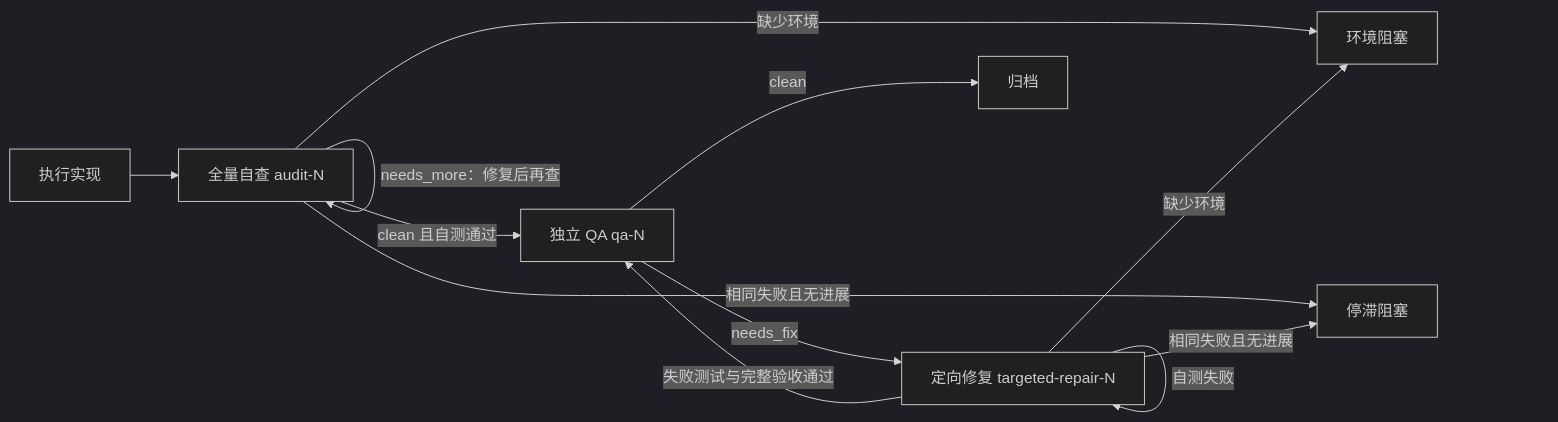
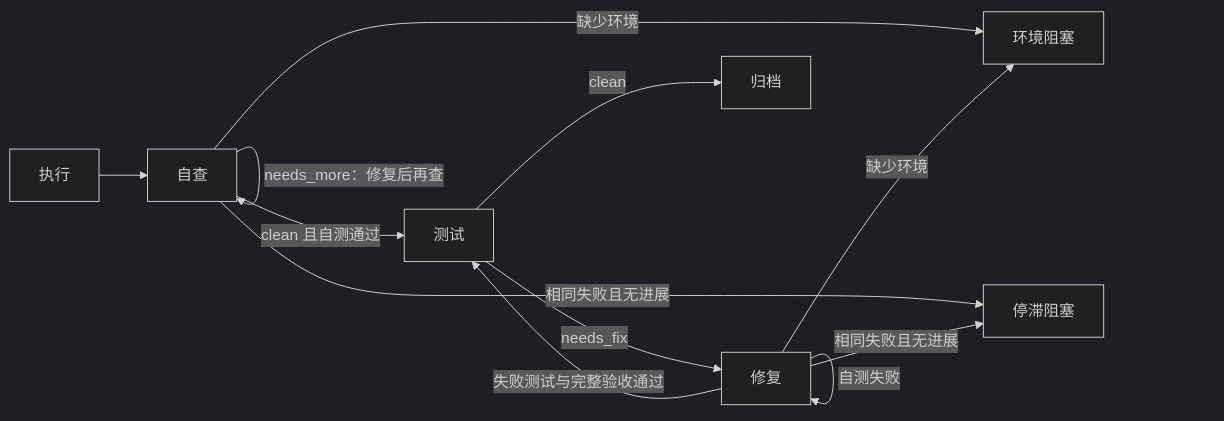
One commit to xbugs221/oz changed the fourth of 4 diagrams in README.md. Above: the diagram before and after it, drawn with Mermaid (dark theme). The commit also changed other lines of this file and 9 other files, not shown here.

````diff
--- a/README.md
+++ b/README.md
@@ -120,14 +120,14 @@
 ```mermaid
 flowchart LR
-    E["执行实现"] --> U["全量自查 audit-N"]
+    E["执行"] --> U["自查"]
     U -->|"needs_more：修复后再查"| U
-    U -->|"clean 且自测通过"| Q["独立 QA qa-N"]
-    Q -->|"needs_fix"| T["定向修复 targeted-repair-N"]
+    U -->|"clean 且自测通过"| Q["测试"]
+    Q -->|"needs_fix"| T["修复"]
     T -->|"失败测试与完整验收通过"| Q
     T -->|"自测失败"| T
     Q -->|"clean"| A["归档"]
     U -->|"缺少环境"| BE["环境阻塞"]
     T -->|"缺少环境"| BE
     U -->|"相同失败且无进展"| BS["停滞阻塞"]
     T -->|"相同失败且无进展"| BS
 ```
````
